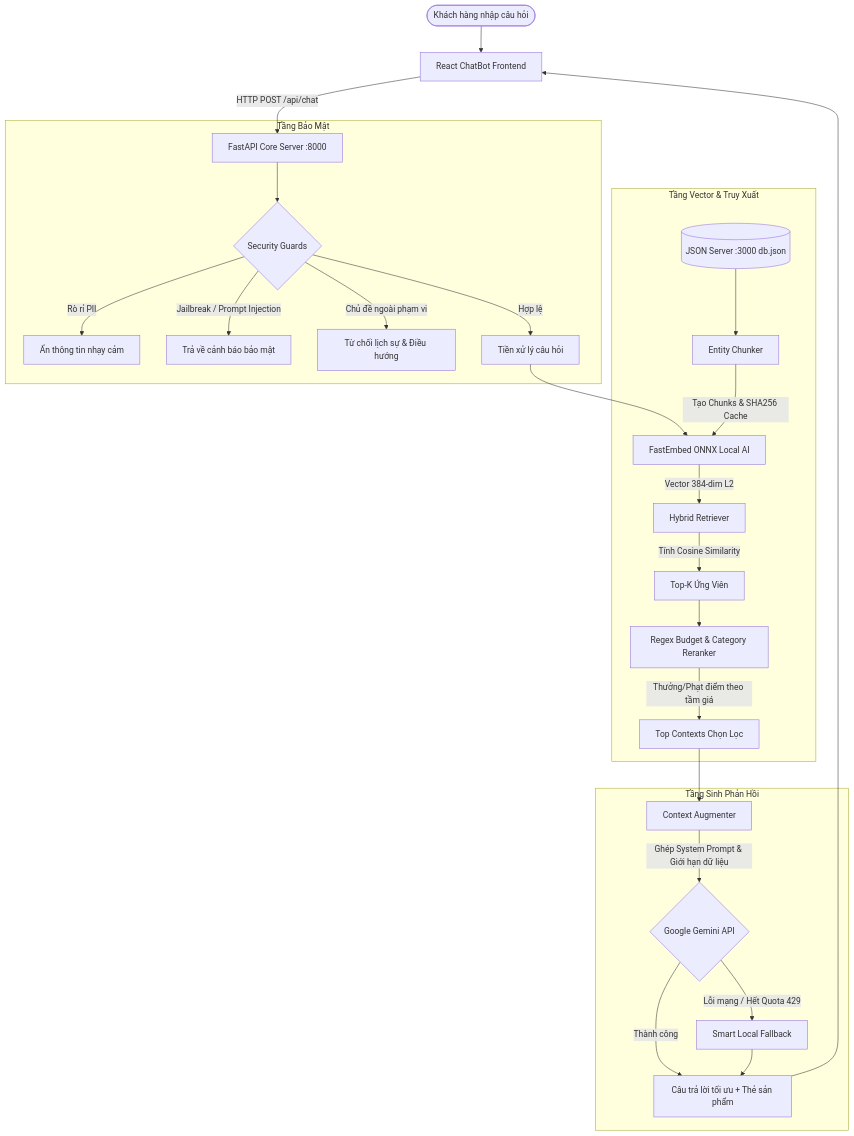
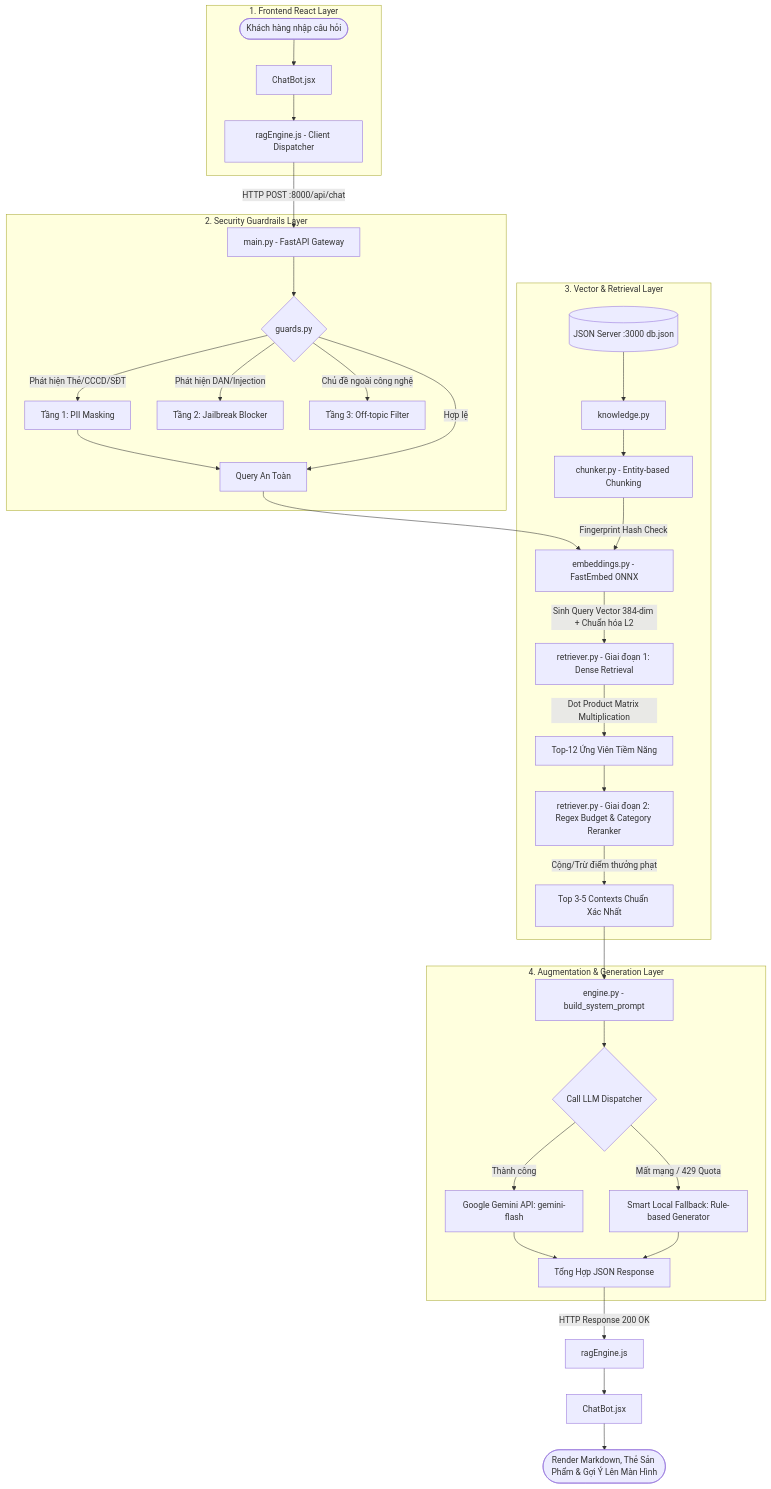
Before and after one commit to NguyenTrong1717/TMDT_DALN: the diagram in rag_service/RAG_ARCHITECTURE.md, drawn with Mermaid. The commit also changed other lines of this file and 1 other file, not shown here.

Commit message:
docs(rag): update architecture comparison table and optimize rag engine endpoints

````diff
--- a/rag_service/RAG_ARCHITECTURE.md
+++ b/rag_service/RAG_ARCHITECTURE.md
@@ -60,33 +62,44 @@
 ```mermaid
 flowchart TD
-    A([Khách hàng nhập câu hỏi]) --> B[React ChatBot Frontend]
-    B -->|HTTP POST /api/chat| C[FastAPI Core Server :8000]
-    
-    subgraph Tầng Bảo Mật
-        C --> D{Security Guards}
-        D -->|Rò rỉ PII| D1[Ẩn thông tin nhạy cảm]
-        D -->|Jailbreak / Prompt Injection| D2[Trả về cảnh báo bảo mật]
-        D -->|Chủ đề ngoài phạm vi| D3[Từ chối lịch sự & Điều hướng]
-        D -->|Hợp lệ| E[Tiền xử lý câu hỏi]
+    subgraph 1. Frontend React Layer
+        A([Khách hàng nhập câu hỏi]) --> B[ChatBot.jsx]
+        B --> C[ragEngine.js - Client Dispatcher]
     end
 
-    subgraph Tầng Vector & Truy Xuất
-        E --> F[FastEmbed ONNX Local AI]
-        F -->|Vector 384-dim L2| G[Hybrid Retriever]
-        H[(JSON Server :3000 db.json)] --> I[Entity Chunker]
-        I -->|Tạo Chunks & SHA256 Cache| F
-        G -->|Tính Cosine Similarity| J[Top-K Ứng Viên]
-        J --> K[Regex Budget & Category Reranker]
-        K -->|Thưởng/Phạt điểm theo tầm giá| L[Top Contexts Chọn Lọc]
+    C -->|HTTP POST :8000/api/chat| D[main.py - FastAPI Gateway]
+
+    subgraph 2. Security Guardrails Layer
+        D --> E{guards.py}
+        E -->|Phát hiện Thẻ/CCCD/SĐT| E1[Tầng 1: PII Masking]
+        E -->|Phát hiện DAN/Injection| E2[Tầng 2: Jailbreak Blocker]
+        E -->|Chủ đề ngoài công nghệ| E3[Tầng 3: Off-topic Filter]
+        E1 --> F[Query An Toàn]
+        E -->|Hợp lệ| F
     end
 
-    subgraph Tầng Sinh Phản Hồi
-        L --> M[Context Augmenter]
-        M -->|Ghép System Prompt & Giới hạn dữ liệu| N{Google Gemini API}
-        N -->|Thành công| O[Câu trả lời tối ưu + Thẻ sản phẩm]
-        N -->|Lỗi mạng / Hết Quota 429| P[Smart Local Fallback]
-        P --> O
+    subgraph 3. Vector & Retrieval Layer
+        F --> G[embeddings.py - FastEmbed ONNX]
+        G -->|Sinh Query Vector 384-dim + Chuẩn hóa L2| H[retriever.py - Giai đoạn 1: Dense Retrieval]
+        
+        DB[(JSON Server :3000 db.json)] --> I[knowledge.py]
+        I --> J[chunker.py - Entity-based Chunking]
+        J -->|Fingerprint Hash Check| G
+        
+        H -->|Dot Product Matrix Multiplication| K[Top-12 Ứng Viên Tiềm Năng]
+        K --> L[retriever.py - Giai đoạn 2: Regex Budget & Category Reranker]
+        L -->|Cộng/Trừ điểm thưởng phạt| M[Top 3-5 Contexts Chuẩn Xác Nhất]
     end
 
-    O --> B
+    subgraph 4. Augmentation & Generation Layer
+        M --> N[engine.py - build_system_prompt]
+        N --> O{Call LLM Dispatcher}
+        O -->|Thành công| P[Google Gemini API: gemini-flash]
+        O -->|Mất mạng / 429 Quota| Q[Smart Local Fallback: Rule-based Generator]
+        P --> R[Tổng Hợp JSON Response]
+        Q --> R
+    end
+
+    R -->|HTTP Response 200 OK| S[ragEngine.js]
+    S --> T[ChatBot.jsx]
+    T --> U([Render Markdown, Thẻ Sản Phẩm & Gợi Ý Lên Màn Hình])
 ```
````
